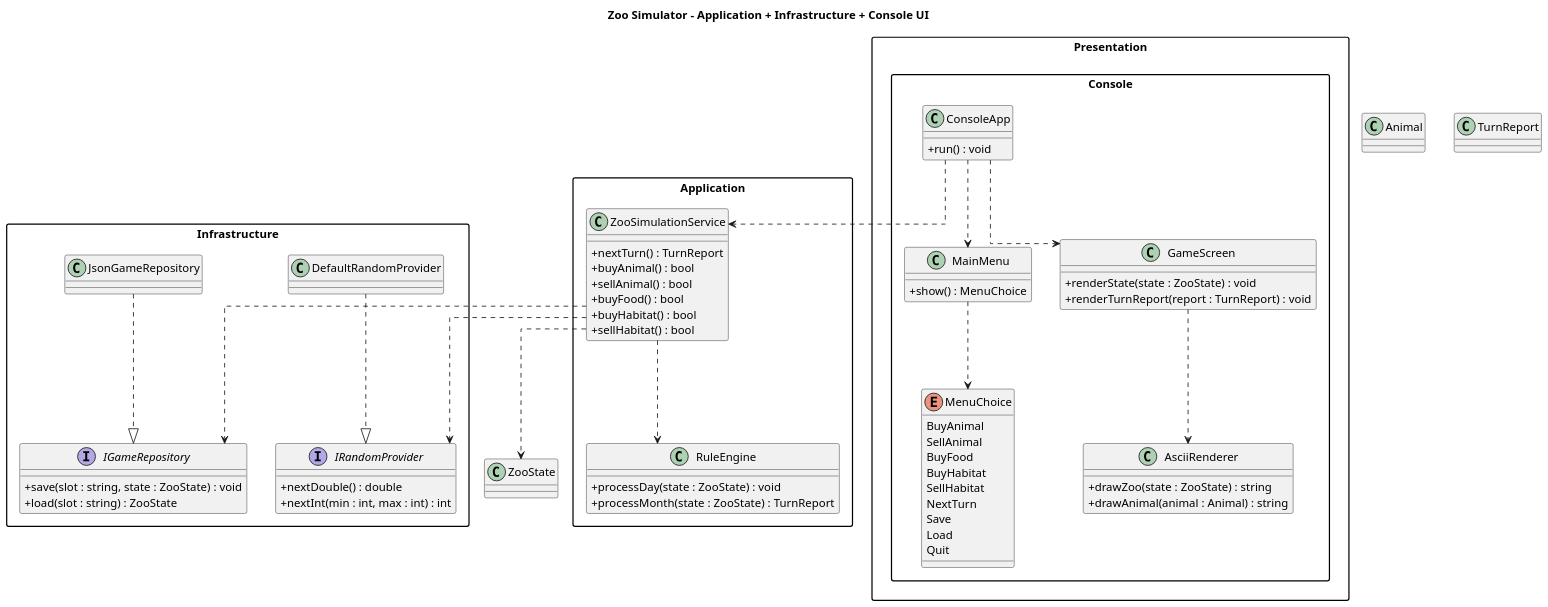
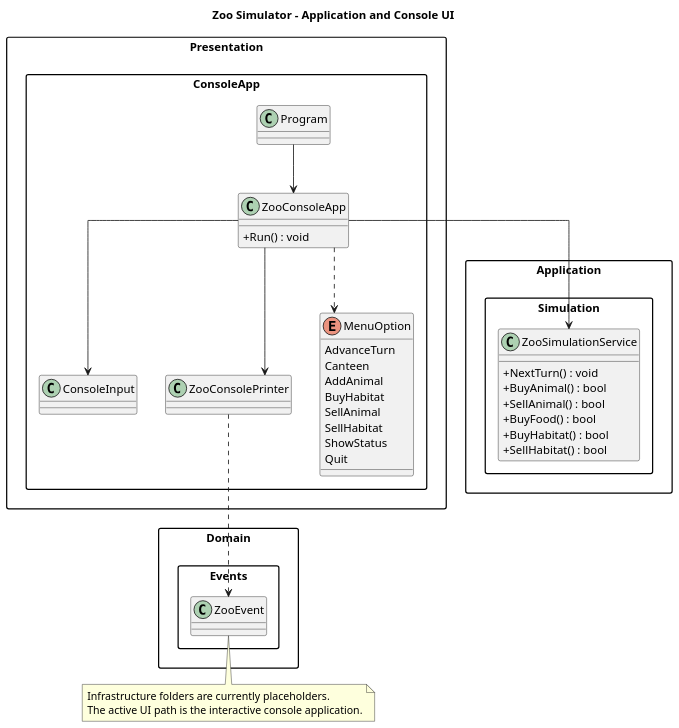
One commit to Palawizard/Zoo changed the diagram in Docs/Diagrams/ZooSimulator.AppInfraUI.puml. Above: the diagram before and after it, drawn with PlantUML. The commit also changed 21 other files, not shown here.

```diff
--- a/Docs/Diagrams/ZooSimulator.AppInfraUI.puml
+++ b/Docs/Diagrams/ZooSimulator.AppInfraUI.puml
@@ -1,92 +1,58 @@
 @startuml ZooSimulatorAppInfraUI
 skinparam shadowing false
 skinparam classAttributeIconSize 0
 skinparam packageStyle rectangle
 skinparam linetype ortho
 skinparam dpi 120
 top to bottom direction
 
-title Zoo Simulator - Application + Infrastructure + Console UI
+title Zoo Simulator - Application and Console UI
 
-class ZooState
-class Animal
-class TurnReport
-
-package "Application" {
-  class ZooSimulationService {
-    +nextTurn() : TurnReport
-    +buyAnimal() : bool
-    +sellAnimal() : bool
-    +buyFood() : bool
-    +buyHabitat() : bool
-    +sellHabitat() : bool
+package "Presentation.ConsoleApp" {
+  class Program
+  class ZooConsoleApp {
+    +Run() : void
   }
 
-  class RuleEngine {
-    +processDay(state : ZooState) : void
-    +processMonth(state : ZooState) : TurnReport
-  }
-}
+  class ConsoleInput
+  class ZooConsolePrinter
 
-package "Infrastructure" {
-  interface IRandomProvider {
-    +nextDouble() : double
-    +nextInt(min : int, max : int) : int
-  }
-
-  class DefaultRandomProvider
-
-  interface IGameRepository {
-    +save(slot : string, state : ZooState) : void
-    +load(slot : string) : ZooState
-  }
-
-  class JsonGameRepository
-}
-
-package "Presentation.Console" {
-  class ConsoleApp {
-    +run() : void
-  }
-
-  class MainMenu {
-    +show() : MenuChoice
-  }
-
-  class GameScreen {
-    +renderState(state : ZooState) : void
-    +renderTurnReport(report : TurnReport) : void
-  }
-
-  class AsciiRenderer {
-    +drawZoo(state : ZooState) : string
-    +drawAnimal(animal : Animal) : string
-  }
-
-  enum MenuChoice {
-    BuyAnimal
+  enum MenuOption {
+    AdvanceTurn
+    Canteen
+    AddAnimal
+    BuyHabitat
     SellAnimal
-    BuyFood
-    BuyHabitat
     SellHabitat
-    NextTurn
-    Save
-    Load
+    ShowStatus
     Quit
   }
 }
 
-DefaultRandomProvider ..|> IRandomProvider
-JsonGameRepository ..|> IGameRepository
+package "Application.Simulation" {
+  class ZooSimulationService {
+    +NextTurn() : void
+    +BuyAnimal() : bool
+    +SellAnimal() : bool
+    +BuyFood() : bool
+    +BuyHabitat() : bool
+    +SellHabitat() : bool
+  }
+}
 
-ZooSimulationService ..> RuleEngine
-ZooSimulationService ..> IGameRepository
-ZooSimulationService ..> IRandomProvider
-ZooSimulationService ..> ZooState
+package "Domain.Events" {
+  class ZooEvent
+}
 
-ConsoleApp ..> MainMenu
-ConsoleApp ..> GameScreen
-ConsoleApp ..> ZooSimulationService
-GameScreen ..> AsciiRenderer
-MainMenu ..> MenuChoice
+Program --> ZooConsoleApp
+ZooConsoleApp --> ConsoleInput
+ZooConsoleApp --> ZooConsolePrinter
+ZooConsoleApp --> ZooSimulationService
+ZooConsolePrinter ..> ZooEvent
+ZooConsoleApp ..> MenuOption
+
+note bottom
+Infrastructure folders are currently placeholders.
+The active UI path is the interactive console application.
+end note
 @enduml
```
